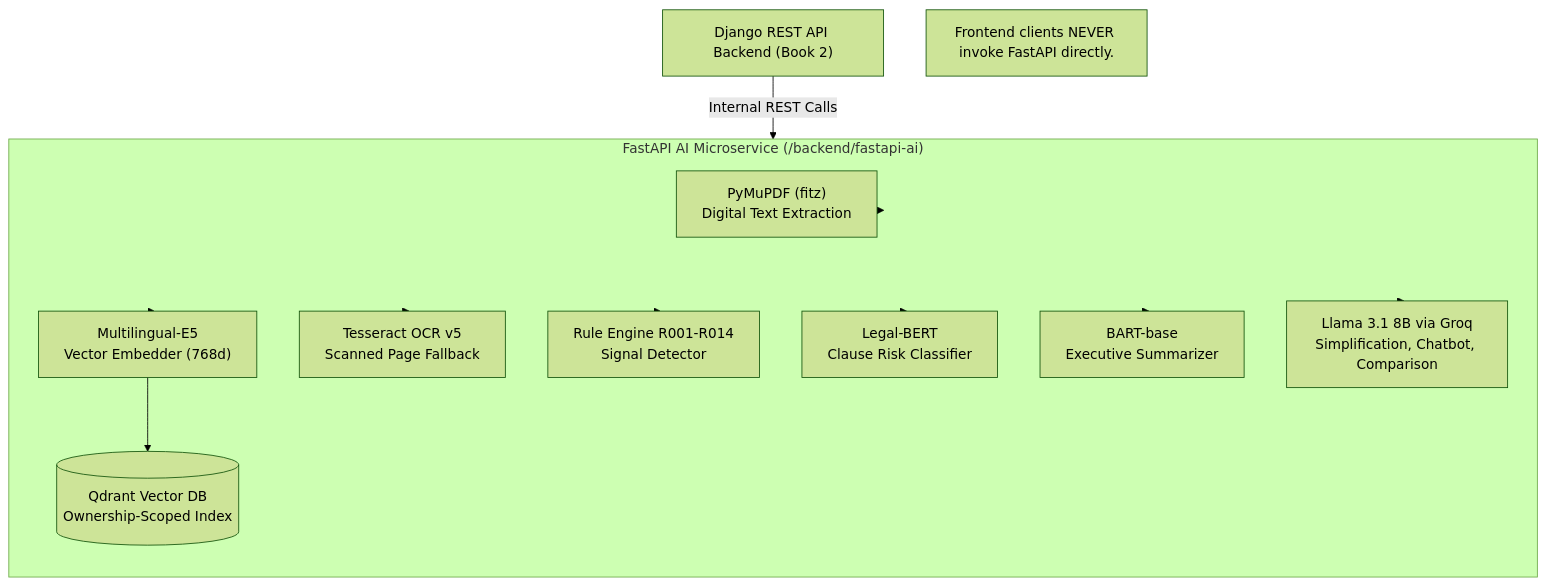
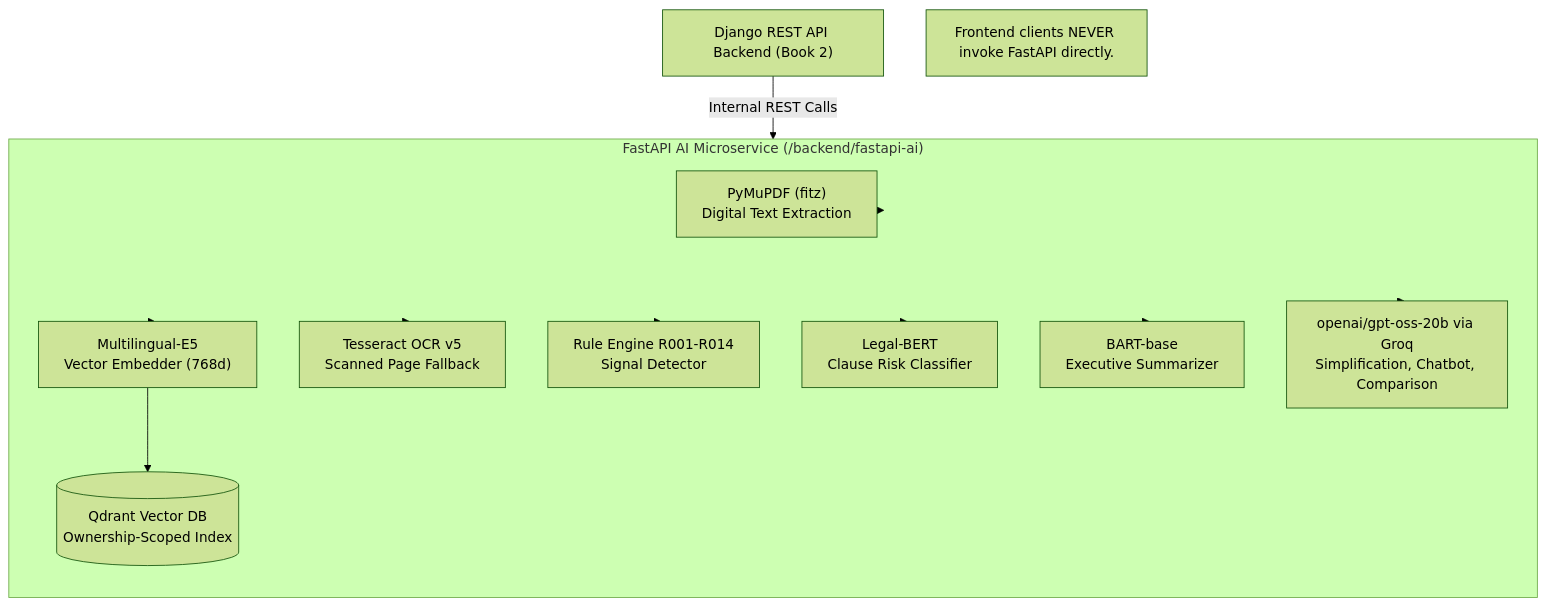
Before and after one commit to krunalsakpal679-hue/ClarifAI: the first of 4 diagrams in backend/fastapi-ai/README.md, drawn with Mermaid (forest theme). The commit also changed other lines of this file and 106 other files, not shown here.

````diff
--- a/backend/fastapi-ai/README.md
+++ b/backend/fastapi-ai/README.md
@@ -13,27 +13,27 @@
 ```mermaid
 flowchart TD
     DjangoBackend["Django REST API Backend (Book 2)"] -->|Internal REST Calls| FastAPIAI["FastAPI AI Microservice (/backend/fastapi-ai)"]
 
     subgraph FastAPIAI ["FastAPI AI Microservice (/backend/fastapi-ai)"]
         direction TB
         PyMuPDF["PyMuPDF (fitz)<br/>Digital Text Extraction"]
         Tesseract["Tesseract OCR v5<br/>Scanned Page Fallback"]
         RuleEngine["Rule Engine R001-R014<br/>Signal Detector"]
         LegalBERT["Legal-BERT<br/>Clause Risk Classifier"]
         BART["BART-base<br/>Executive Summarizer"]
         MultilingualE5["Multilingual-E5<br/>Vector Embedder (768d)"]
         QdrantDB[("Qdrant Vector DB<br/>Ownership-Scoped Index")]
-        GroqLLM["Llama 3.1 8B via Groq<br/>Simplification, Chatbot, Comparison"]
+        GroqLLM["openai/gpt-oss-20b via Groq<br/>Simplification, Chatbot, Comparison"]
     end
 
     FastAPIAI --> PyMuPDF
     FastAPIAI --> Tesseract
     FastAPIAI --> RuleEngine
     FastAPIAI --> LegalBERT
     FastAPIAI --> BART
     FastAPIAI --> MultilingualE5
     MultilingualE5 --> QdrantDB
     FastAPIAI --> GroqLLM
 
     note["Frontend clients NEVER invoke FastAPI directly."]
 ```
````
